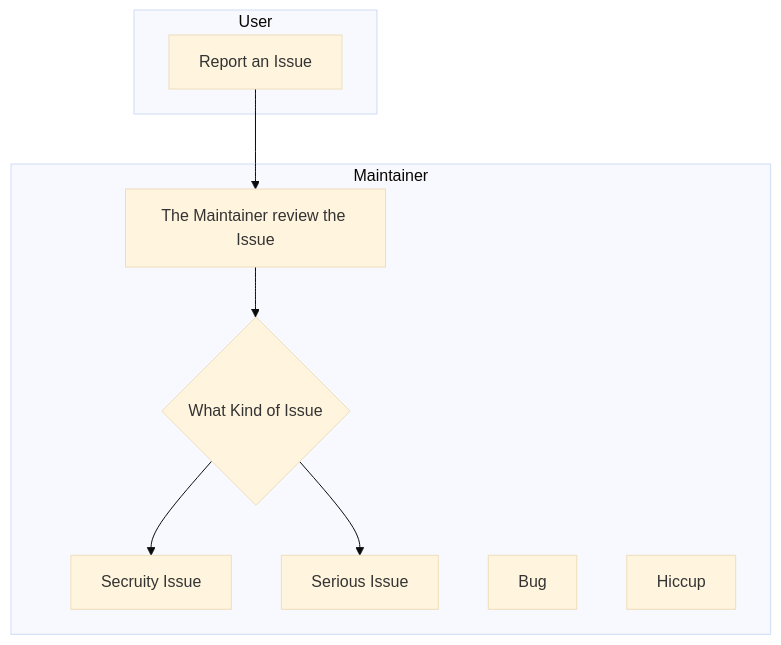
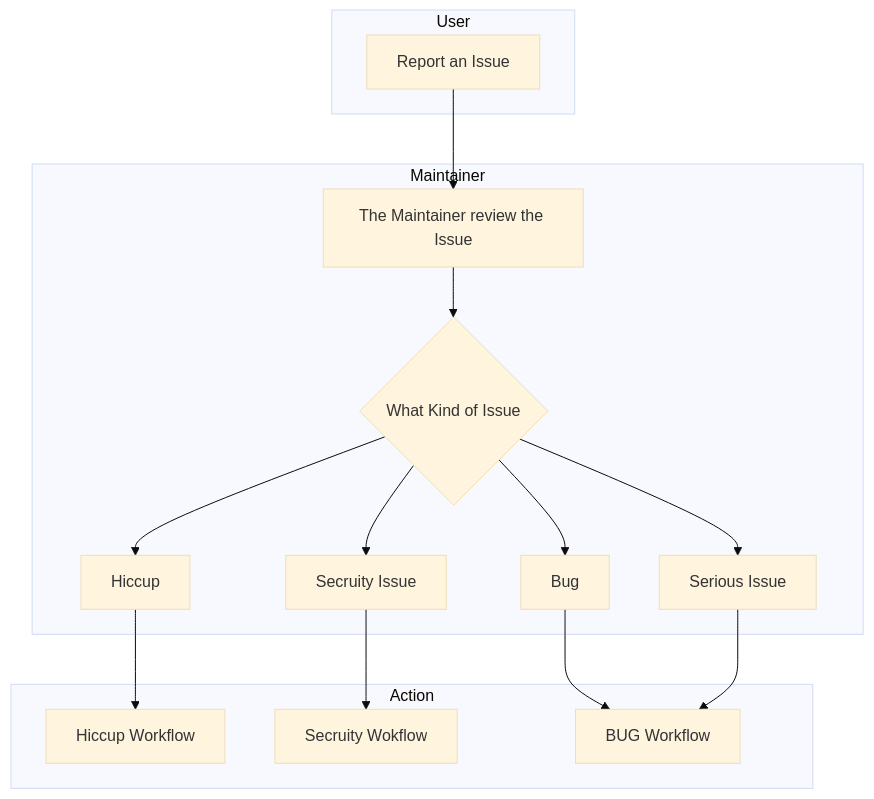
Before and after one commit to GFGMNET/Workspace: the diagram in docs/URGENT-FIX-WORKFLOW.md, drawn with Mermaid (base theme). The commit also changed other lines of this file, not shown here.

````diff
--- a/docs/URGENT-FIX-WORKFLOW.md
+++ b/docs/URGENT-FIX-WORKFLOW.md
@@ -27,21 +6,31 @@
 ```mermaid
 flowchart TD
  subgraph User
   BUG[Report an Issue]
  end
  subgraph Maintainer
   RM[The Maintainer review the Issue]
   WIF{What Kind of Issue}
- end
- subgraph Maintainer
   SEC[Secruity Issue]
   DEA[Serious Issue]
   BUN[Bug]
   HIC[Hiccup]
+ end
+ subgraph Action
+  ADL[Hiccup Workflow]
+  ASW[Secruity Wokflow]
+  ABW[BUG Workflow]
  end
  
  BUG --> RM
  RM --> WIF
  WIF --> SEC
  WIF --> DEA
+ WIF --> BUN
+ WIF --> HIC
+ HIC --> ADL
+ BUN --> ABW
+ DEA --> ABW
+ SEC --> ASW
+ 
 ```
````
